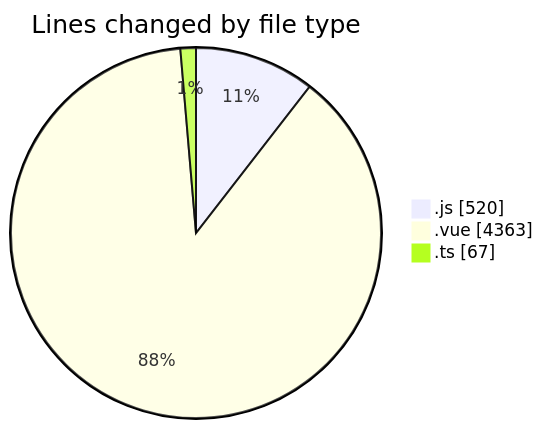
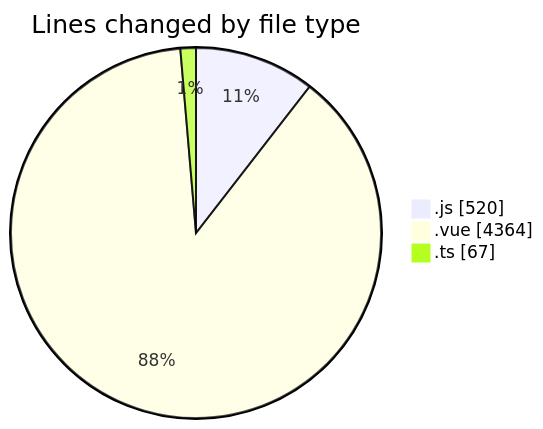
One commit to lephambinh05/code-tracking changed the first of 2 diagrams in 2025-08-17/rentotp/README.md. Above: the diagram before and after it, drawn with Mermaid. The commit also changed other lines of this file and 1 other file, not shown here.

````diff
--- a/2025-08-17/rentotp/README.md
+++ b/2025-08-17/rentotp/README.md
@@ -34,7 +34,7 @@
 ```mermaid
 pie showData
 title Lines changed by file type
 ".js" : 520
-".vue" : 4363
+".vue" : 4364
 ".ts" : 67
 ```
````
